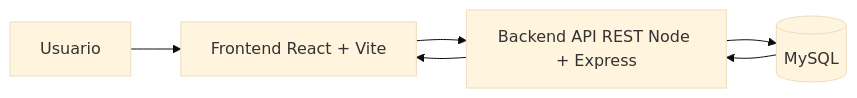
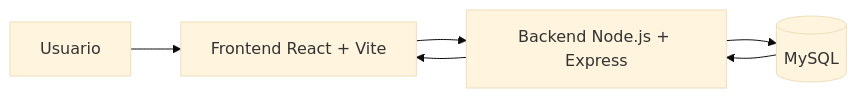
One commit to Christian-O-dev/SkilSwap-proyect- changed the first of 2 diagrams in ARCHITECTURE.md. Above: the diagram before and after it, drawn with Mermaid (base theme). The commit also changed other lines of this file, not shown here.

````diff
--- a/ARCHITECTURE.md
+++ b/ARCHITECTURE.md
@@ -62,8 +77,8 @@
 ```mermaid
 flowchart LR
     U[Usuario] --> F[Frontend React + Vite]
-    F --> API[Backend API REST Node + Express]
+    F --> API[Backend Node.js + Express]
     API --> DB[(MySQL)]
     DB --> API
     API --> F
 ```
````
